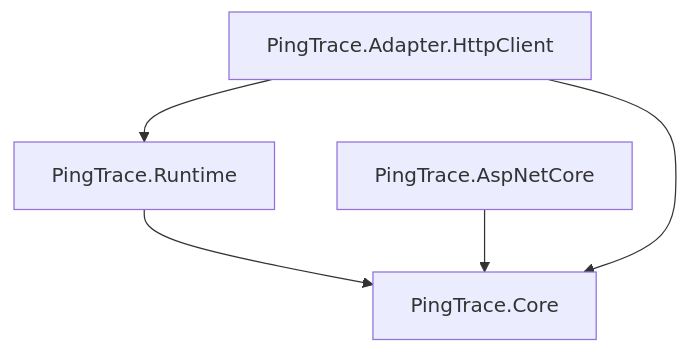
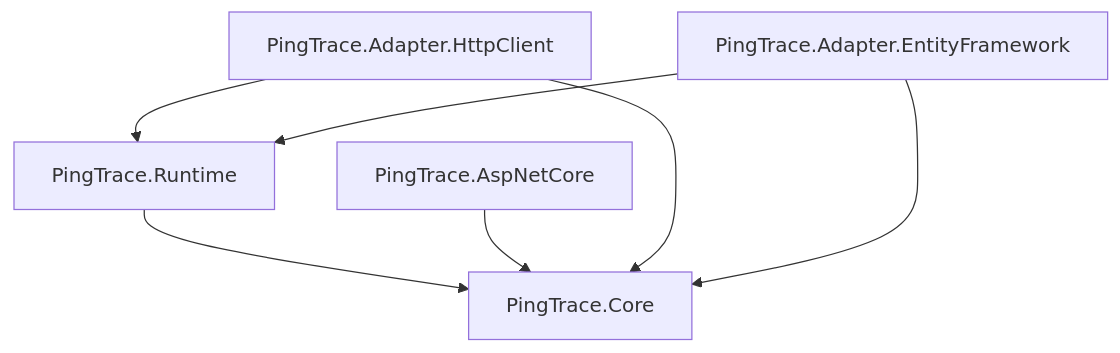
Before and after one commit to patware/PingTrace: the first of 2 diagrams in docs/architecture/ARCHITECTURE.md, drawn with Mermaid. The commit also changed other lines of this file and 19 other files, not shown here.

````diff
--- a/docs/architecture/ARCHITECTURE.md
+++ b/docs/architecture/ARCHITECTURE.md
@@ -26,7 +27,9 @@
 ```mermaid
 flowchart TD
     Runtime["PingTrace.Runtime"] --> Core["PingTrace.Core"]
     AspNetCore["PingTrace.AspNetCore"] --> Core
     HttpAdapter["PingTrace.Adapter.HttpClient"] --> Core
     HttpAdapter --> Runtime
+    EfAdapter["PingTrace.Adapter.EntityFramework"] --> Core
+    EfAdapter --> Runtime
 ```
````
